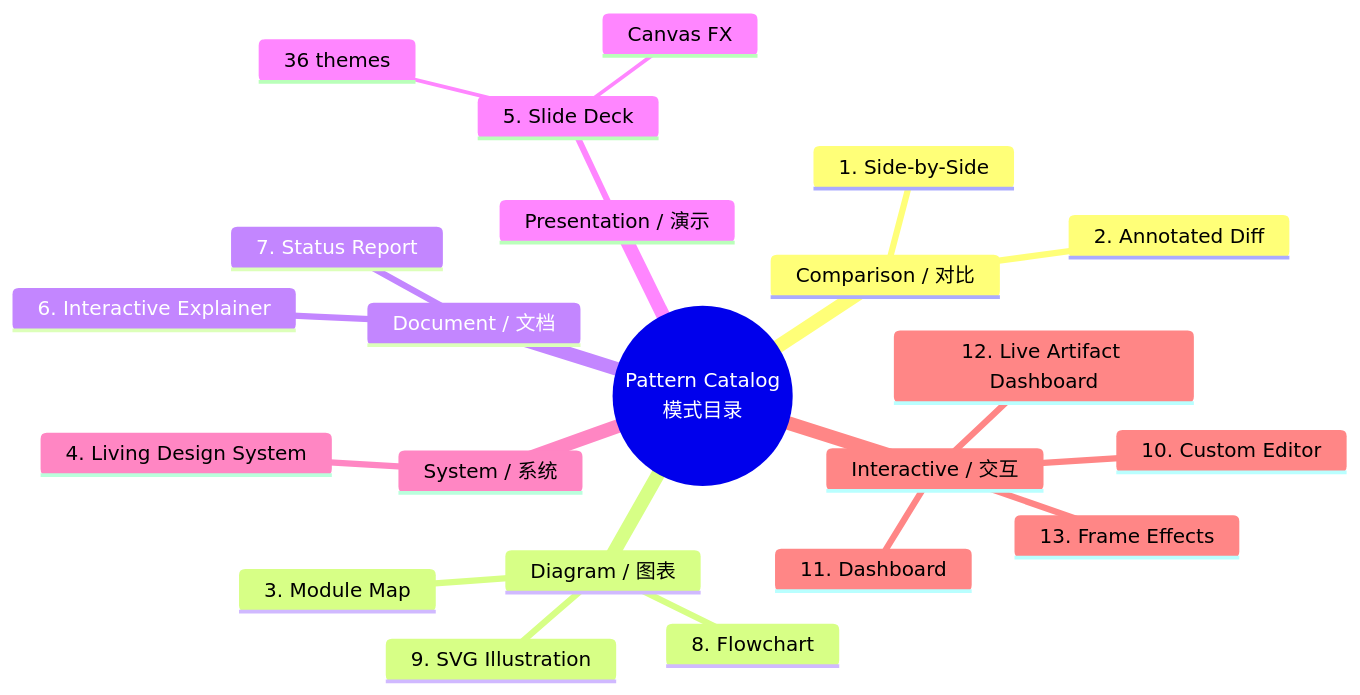
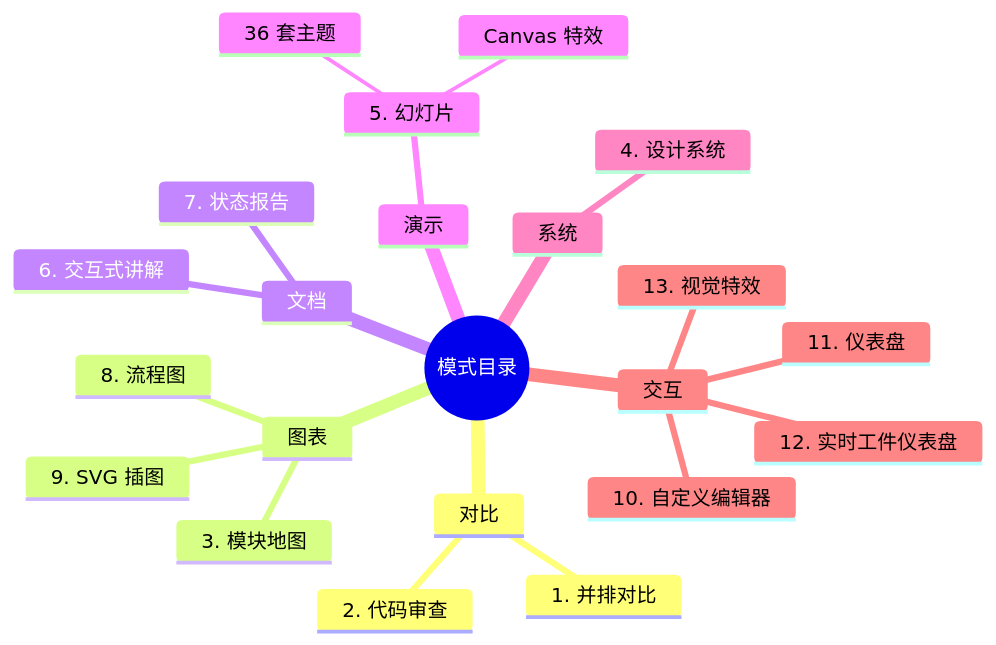
Before and after one commit to YardonYan/html-skill-effectiveness: the fourth of 4 diagrams in README.md, drawn with Mermaid. The commit also changed other lines of this file and 3 other files, not shown here.

````diff
--- a/README.md
+++ b/README.md
@@ -171,25 +168,25 @@
 ```mermaid
 mindmap
-  root((Pattern Catalog<br/>模式目录))
-    Comparison / 对比
-      1. Side-by-Side
-      2. Annotated Diff
-    Diagram / 图表
-      3. Module Map
-      8. Flowchart
-      9. SVG Illustration
-    Document / 文档
-      6. Interactive Explainer
-      7. Status Report
-    Presentation / 演示
-      5. Slide Deck
-        36 themes
-        Canvas FX
-    System / 系统
-      4. Living Design System
-    Interactive / 交互
-      10. Custom Editor
-      11. Dashboard
-      12. Live Artifact Dashboard
-      13. Frame Effects
+  root((模式目录))
+    对比
+      1. 并排对比
+      2. 代码审查
+    图表
+      3. 模块地图
+      8. 流程图
+      9. SVG 插图
+    文档
+      6. 交互式讲解
+      7. 状态报告
+    演示
+      5. 幻灯片
+        36 套主题
+        Canvas 特效
+    系统
+      4. 设计系统
+    交互
+      10. 自定义编辑器
+      11. 仪表盘
+      12. 实时工件仪表盘
+      13. 视觉特效
 ```
````
